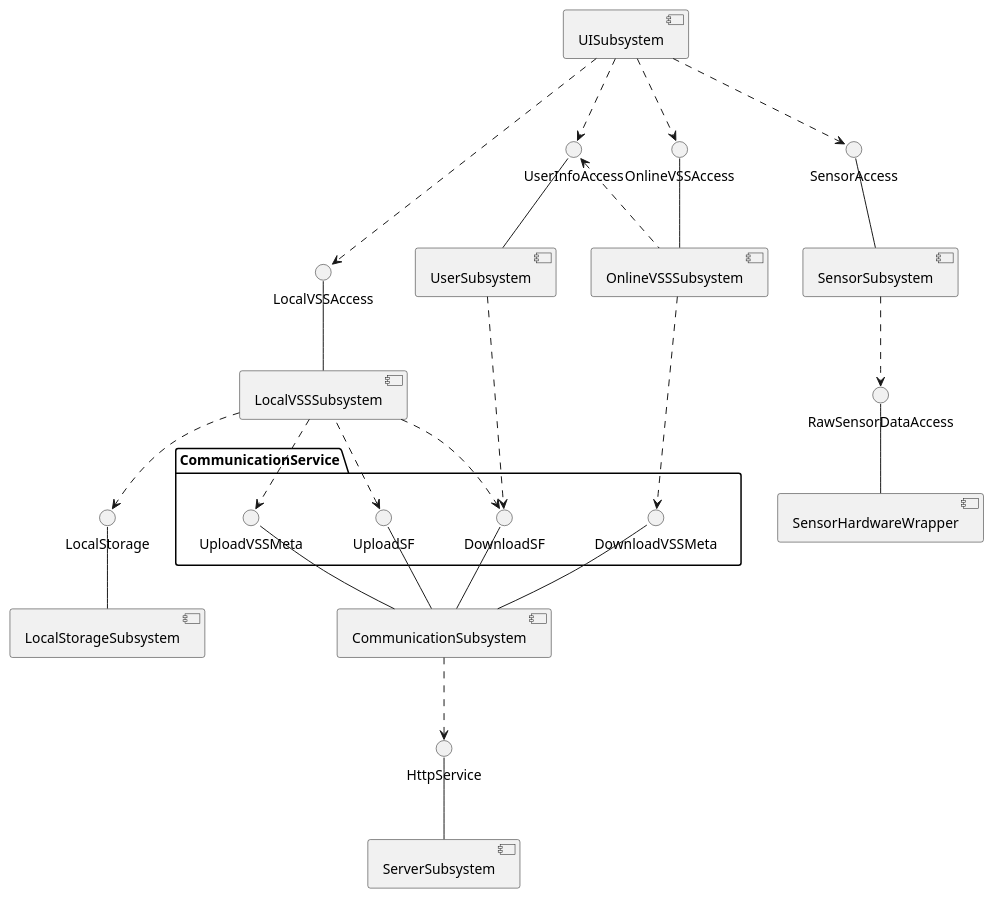
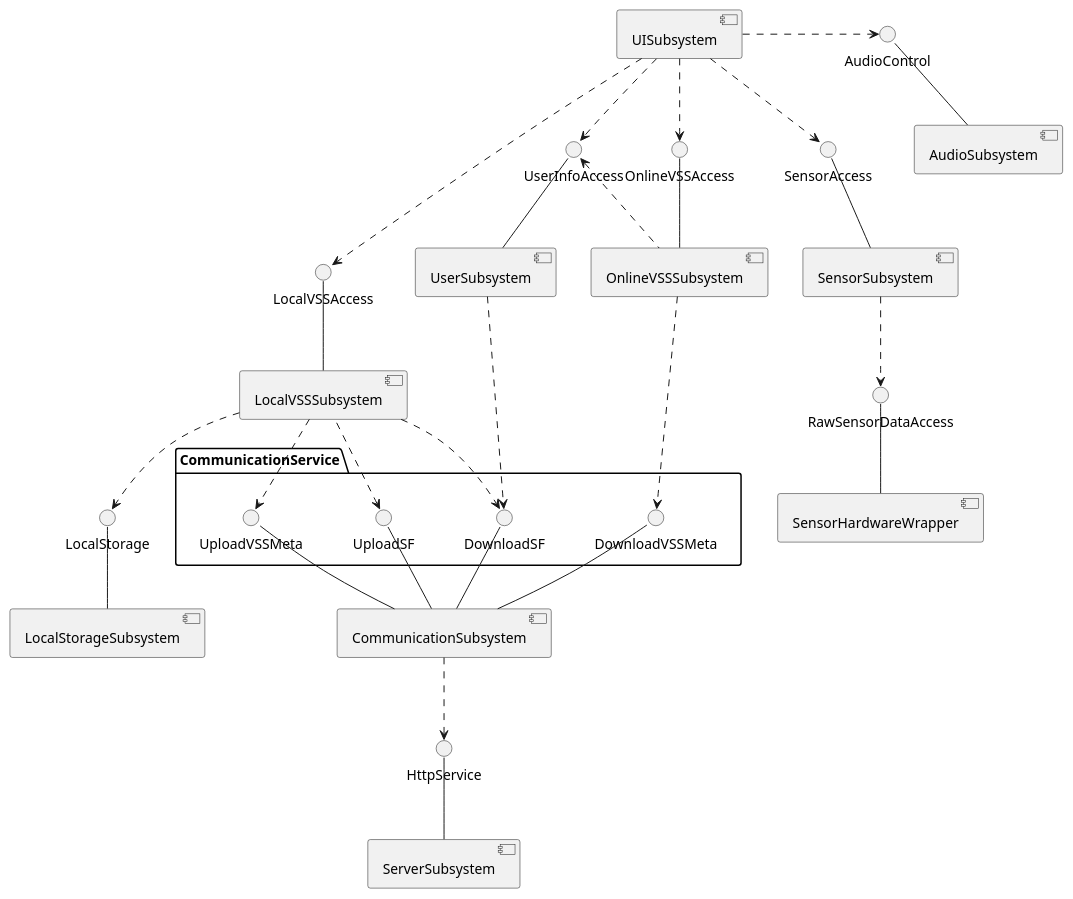
Before and after one commit to kpp19920121/doc: the first of 14 diagrams in 设计/软件架构文档.md, drawn with PlantUML. The commit also changed other lines of this file and 22 other files, not shown here.

Commit message:
Add subsystem sequence diagrams

````diff
--- a/设计/软件架构文档.md
+++ b/设计/软件架构文档.md
@@ -50,59 +50,62 @@
 ```PlantUML
 @startuml Diagrams/SubsystemDecomposition
 skinparam componentStyle uml2
 
 interface "LocalStorage" as LS
 
 interface "SensorAccess" as SA
 interface "RawSensorDataAccess" as BC
 interface "UserInfoAccess" as UIA
 interface "OnlineVSSAccess" as OVA
 interface "LocalVSSAccess" as LVA
+interface "AudioControl" as AC
 
 
 
 
 package "CommunicationService" {
     interface "UploadVSSMeta" as UL
     interface "DownloadVSSMeta" as DL
     interface "UploadSF" as GR
-    interface "DownloadSF" as US    
+    interface "DownloadSF" as US
 }
 component "CommunicationSubsystem" as CommunicationSubsystem
 
     UL -- CommunicationSubsystem
     DL -- CommunicationSubsystem
     GR -- CommunicationSubsystem
     US -- CommunicationSubsystem
 
 [LocalVSSSubsystem]
 [OnlineVSSSubsystem]
 [SensorSubsystem] -up- SA
 [SensorHardwareWrapper] -up- BC
 [SensorSubsystem] ..> BC
 [UserSubsystem] -up- UIA
 [UISubsystem] ..> UIA
 
 [LocalStorageSubsystem] -up- LS
 [LocalVSSSubsystem] ..> LS
+[AudioSubsystem] -up- AC
+[UISubsystem] .-r.> AC
 
 
 UIA <. [OnlineVSSSubsystem]
 
 
 [CommunicationSubsystem] .down.> HttpService
 [ServerSubsystem] -up- HttpService
 [OnlineVSSSubsystem] -up- OVA
 [LocalVSSSubsystem] -up- LVA
 
 [LocalVSSSubsystem] .down.> UL
 [LocalVSSSubsystem] .up.> GR
 [LocalVSSSubsystem] .down.> US
 [OnlineVSSSubsystem] .-down.> DL
 [UserSubsystem] .-down-> US
 
 [UISubsystem] -down.> OVA
 [UISubsystem] .down.> LVA
 [UISubsystem] ..> SA
 @enduml
 ```
````
